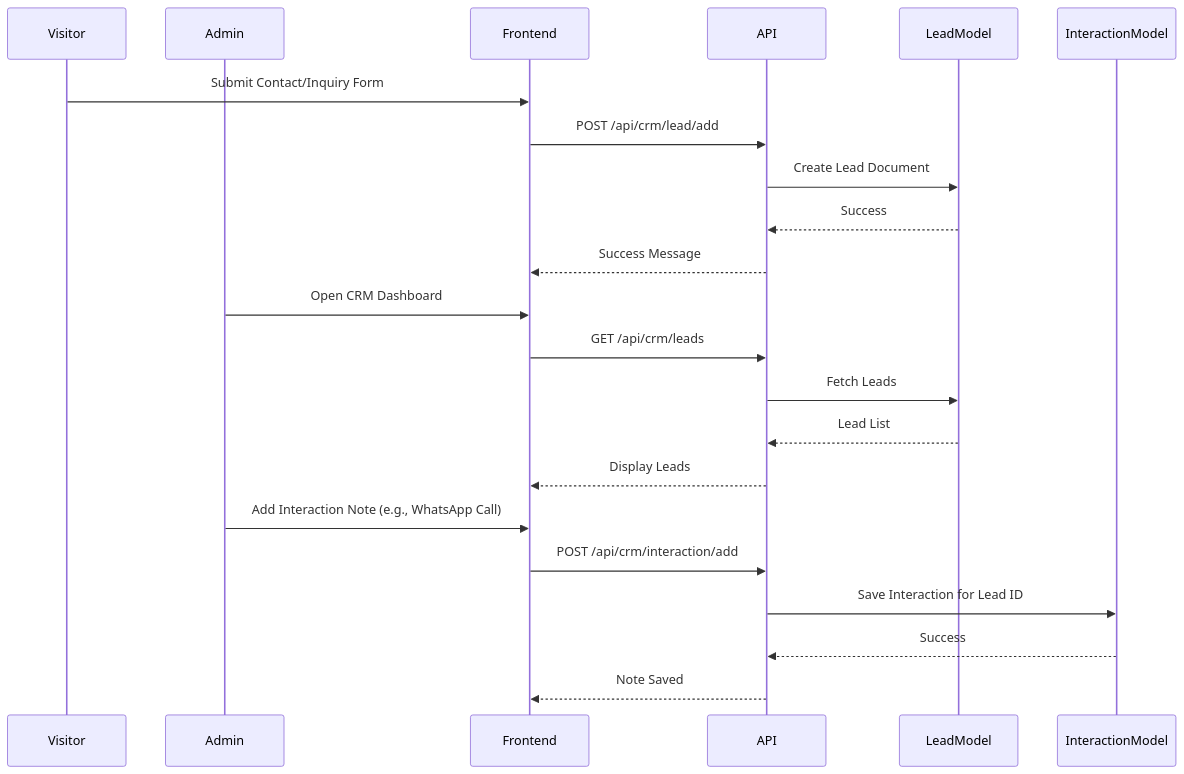
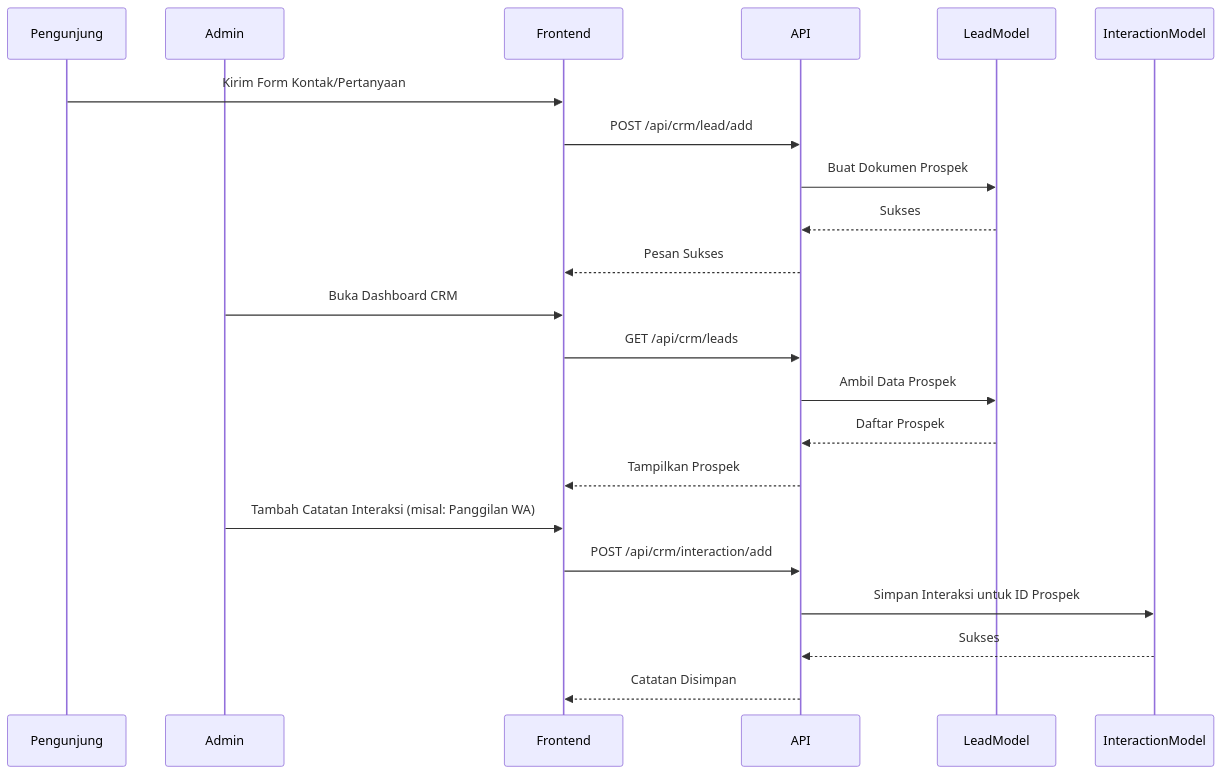
The sixth of 6 diagrams in sequence-diagram.md (Grinti123/gerai-ayra-fullstack), drawn with Mermaid before and after one commit. The commit also changed other lines of this file, not shown here.

Commit message:
update sequence

````diff
--- a/sequence-diagram.md
+++ b/sequence-diagram.md
@@ -143,27 +143,27 @@
 ```mermaid
 sequenceDiagram
-    participant Visitor
+    participant Visitor as Pengunjung
     participant Admin
     participant Frontend
     participant API
     participant LeadModel
     participant InteractionModel
 
-    Visitor->>Frontend: Submit Contact/Inquiry Form
+    Visitor->>Frontend: Kirim Form Kontak/Pertanyaan
     Frontend->>API: POST /api/crm/lead/add
-    API->>LeadModel: Create Lead Document
-    LeadModel-->>API: Success
-    API-->>Frontend: Success Message
+    API->>LeadModel: Buat Dokumen Prospek
+    LeadModel-->>API: Sukses
+    API-->>Frontend: Pesan Sukses
 
-    Admin->>Frontend: Open CRM Dashboard
+    Admin->>Frontend: Buka Dashboard CRM
     Frontend->>API: GET /api/crm/leads
-    API->>LeadModel: Fetch Leads
-    LeadModel-->>API: Lead List
-    API-->>Frontend: Display Leads
+    API->>LeadModel: Ambil Data Prospek
+    LeadModel-->>API: Daftar Prospek
+    API-->>Frontend: Tampilkan Prospek
 
-    Admin->>Frontend: Add Interaction Note (e.g., WhatsApp Call)
+    Admin->>Frontend: Tambah Catatan Interaksi (misal: Panggilan WA)
     Frontend->>API: POST /api/crm/interaction/add
-    API->>InteractionModel: Save Interaction for Lead ID
-    InteractionModel-->>API: Success
-    API-->>Frontend: Note Saved
+    API->>InteractionModel: Simpan Interaksi untuk ID Prospek
+    InteractionModel-->>API: Sukses
+    API-->>Frontend: Catatan Disimpan
 ```
````
